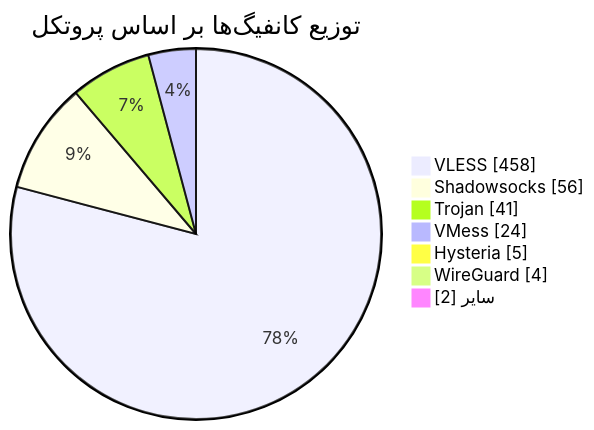
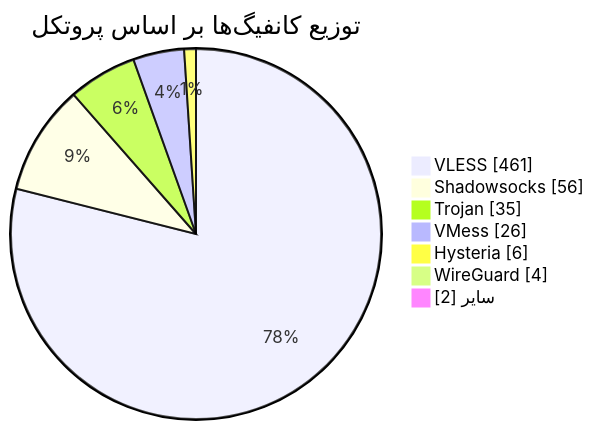
One commit to Arian-Alijani/Somthing changed the diagram in README.md. Above: the diagram before and after it, drawn with Mermaid. The commit also changed other lines of this file and 17 other files, not shown here.

````diff
--- a/README.md
+++ b/README.md
@@ -49,11 +49,11 @@
 ```mermaid
 pie showData
     title توزیع کانفیگ‌ها بر اساس پروتکل
-    "VLESS" : 458
+    "VLESS" : 461
     "Shadowsocks" : 56
-    "Trojan" : 41
-    "VMess" : 24
-    "Hysteria" : 5
+    "Trojan" : 35
+    "VMess" : 26
+    "Hysteria" : 6
     "WireGuard" : 4
     "سایر" : 2
 ```
````
